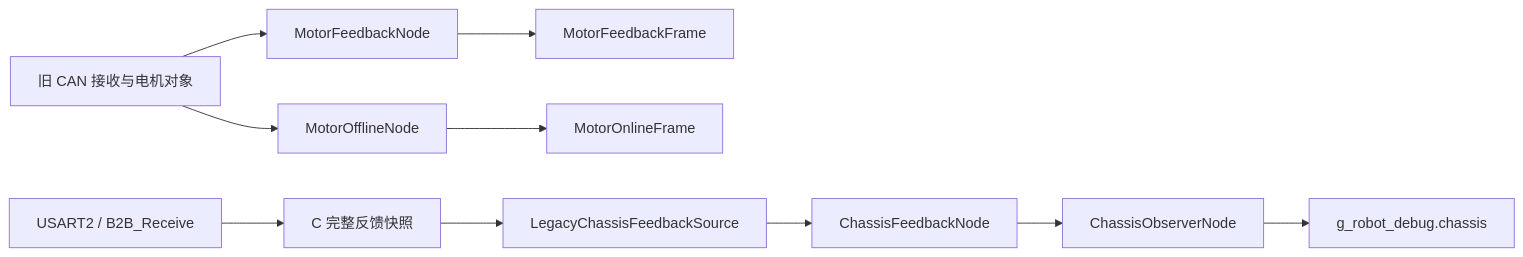
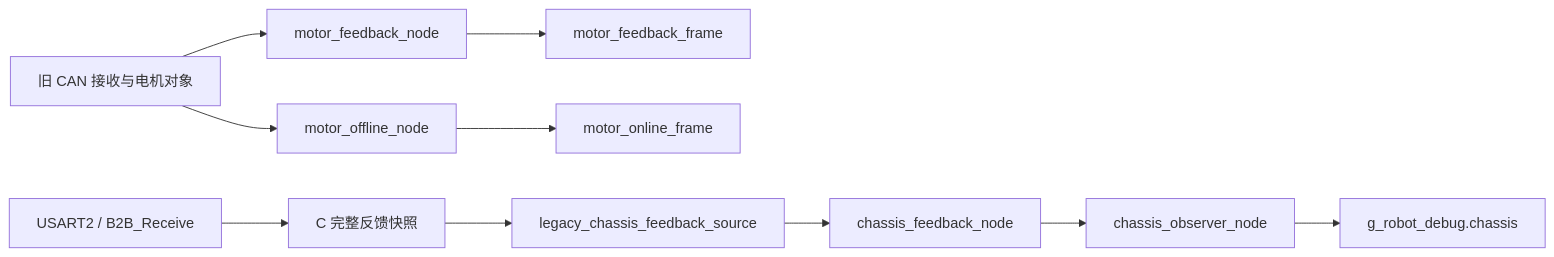
One commit to auspicious-j/Sentry_H7_Upper_CMake changed the diagram in doc/插件框架进度与后续计划-2026-10-09.md. Above: the diagram before and after it, drawn with Mermaid. The commit also changed other lines of this file and 97 other files, not shown here.

````diff
--- a/doc/插件框架进度与后续计划-2026-10-09.md
+++ b/doc/插件框架进度与后续计划-2026-10-09.md
@@ -187,12 +187,12 @@
 ```mermaid
 flowchart LR
-    CAN[旧 CAN 接收与电机对象] --> MF[MotorFeedbackNode]
-    CAN --> MO[MotorOfflineNode]
-    MF --> MP[MotorFeedbackFrame]
-    MO --> OP[MotorOnlineFrame]
+    CAN[旧 CAN 接收与电机对象] --> MF[motor_feedback_node]
+    CAN --> MO[motor_offline_node]
+    MF --> MP[motor_feedback_frame]
+    MO --> OP[motor_online_frame]
     B2B[USART2 / B2B_Receive] --> CS[C 完整反馈快照]
-    CS --> LS[LegacyChassisFeedbackSource]
-    LS --> CF[ChassisFeedbackNode]
-    CF --> CO[ChassisObserverNode]
+    CS --> LS[legacy_chassis_feedback_source]
+    LS --> CF[chassis_feedback_node]
+    CF --> CO[chassis_observer_node]
     CO --> DB[g_robot_debug.chassis]
 ```
````
